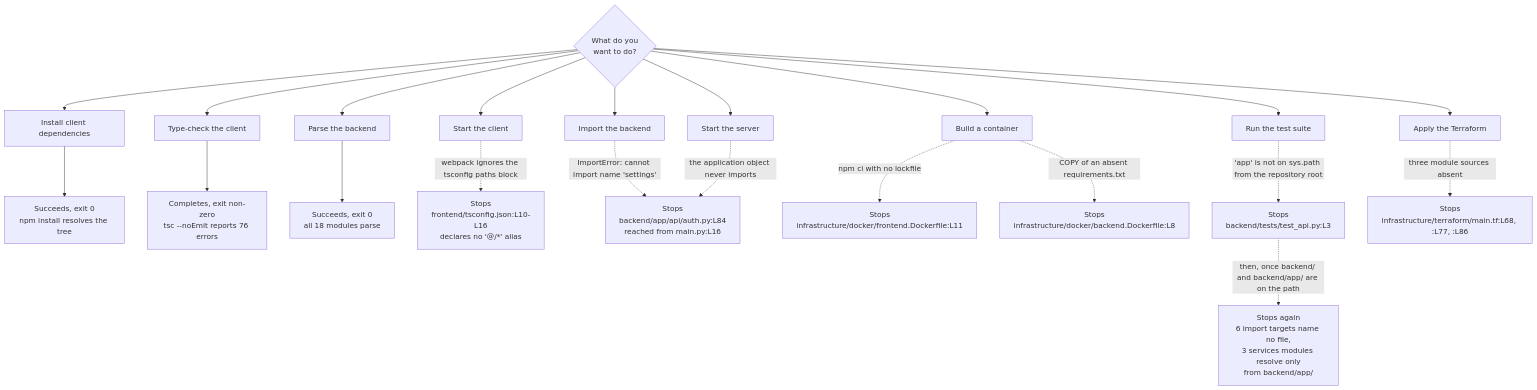
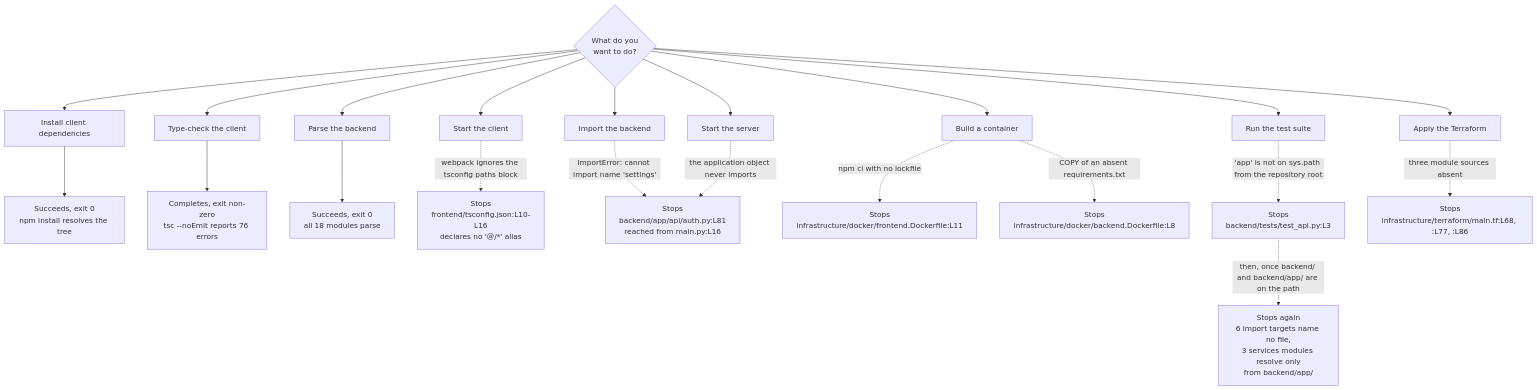
Before and after one commit to blitzy-public-samples/microsoft-word-u33ko0: the diagram in docs/onboarding.md, drawn with Mermaid. The commit also changed other lines of this file and 46 other files, not shown here.

````diff
--- a/docs/onboarding.md
+++ b/docs/onboarding.md
@@ -484,31 +494,31 @@
 ```mermaid
 graph TD
     START{"What do you<br/>want to do?"}
 
     START --> A["Install client dependencies"]
     START --> B["Type-check the client"]
     START --> C["Parse the backend"]
     START --> D["Start the client"]
     START --> E["Import the backend"]
     START --> F["Start the server"]
     START --> G["Build a container"]
     START --> H["Run the test suite"]
     START --> I["Apply the Terraform"]
 
     A --> AOK["Succeeds, exit 0<br/>npm install resolves the tree"]
     B --> BOK["Completes, exit non-zero<br/>tsc --noEmit reports 76 errors"]
     C --> COK["Succeeds, exit 0<br/>all 18 modules parse"]
 
     D -.->|"webpack ignores the tsconfig paths block"| DNO["Stops<br/>frontend/tsconfig.json:L10-L16<br/>declares no '@/*' alias"]
-    E -.->|"ImportError: cannot import name 'settings'"| ENO["Stops<br/>backend/app/api/auth.py:L84<br/>reached from main.py:L16"]
+    E -.->|"ImportError: cannot import name 'settings'"| ENO["Stops<br/>backend/app/api/auth.py:L81<br/>reached from main.py:L16"]
     F -.->|"the application object never imports"| ENO
     G -.->|"npm ci with no lockfile"| GNO1["Stops<br/>infrastructure/docker/frontend.Dockerfile:L11"]
     G -.->|"COPY of an absent requirements.txt"| GNO2["Stops<br/>infrastructure/docker/backend.Dockerfile:L8"]
     H -.->|"'app' is not on sys.path from the repository root"| HNO1["Stops<br/>backend/tests/test_api.py:L3"]
     HNO1 -.->|"then, once backend/ and backend/app/ are on the path"| HNO2["Stops again<br/>6 import targets name no file,<br/>3 services modules resolve only<br/>from backend/app/"]
     I -.->|"three module sources absent"| INO["Stops<br/>infrastructure/terraform/main.tf:L68, :L77, :L86"]
 
 %% A solid edge marks a path that runs to completion, and its node states whether the run succeeded.
 %% A dashed, labelled edge marks a path that stops before completing, and every failure node names the
 %% file and line that stops it.
 ```
````
